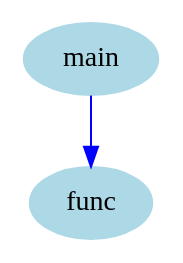
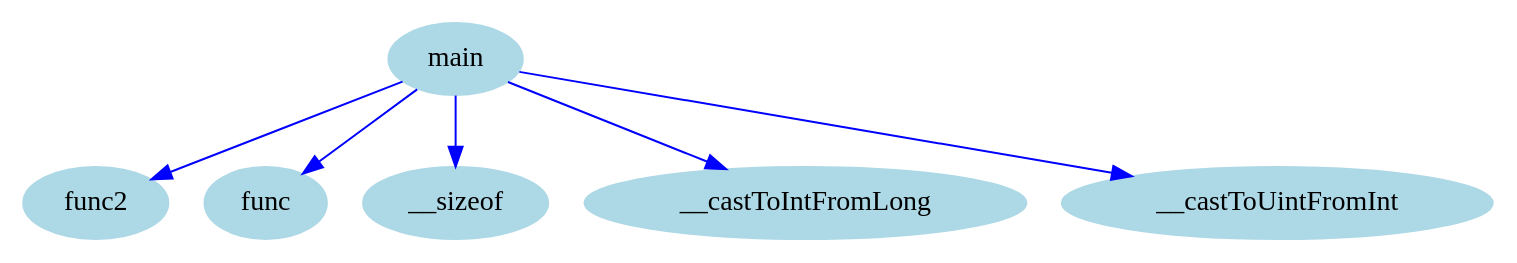
One commit to zavar152-cv/myLang-oop-compiler changed the diagram in outputs/cfg/cg.dot. Above: the diagram before and after it, drawn with Graphviz. The commit also changed 5 other files, not shown here.

```diff
--- a/outputs/cfg/cg.dot
+++ b/outputs/cfg/cg.dot
@@ -1,8 +1,16 @@
 digraph CallGraph {
     node [shape=ellipse, style=filled, color=lightblue];
 
+    "func2";
     "func";
+    "__sizeof";
+    "__castToIntFromLong";
+    "__castToUintFromInt";
     "main";
 
+    "main" -> "func2" [color=blue];
     "main" -> "func" [color=blue];
+    "main" -> "__sizeof" [color=blue];
+    "main" -> "__castToIntFromLong" [color=blue];
+    "main" -> "__castToUintFromInt" [color=blue];
 }
```
